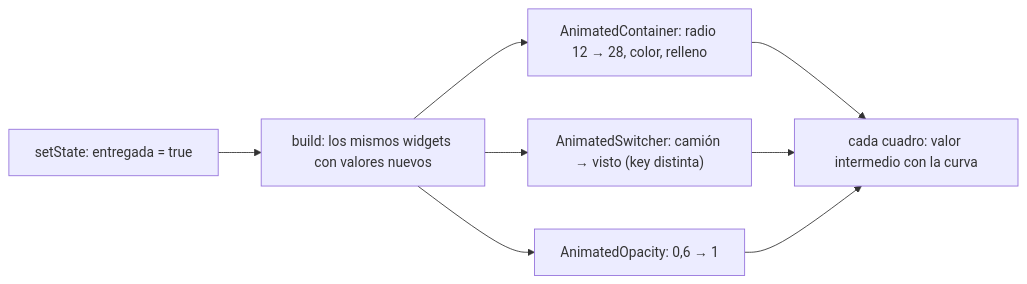
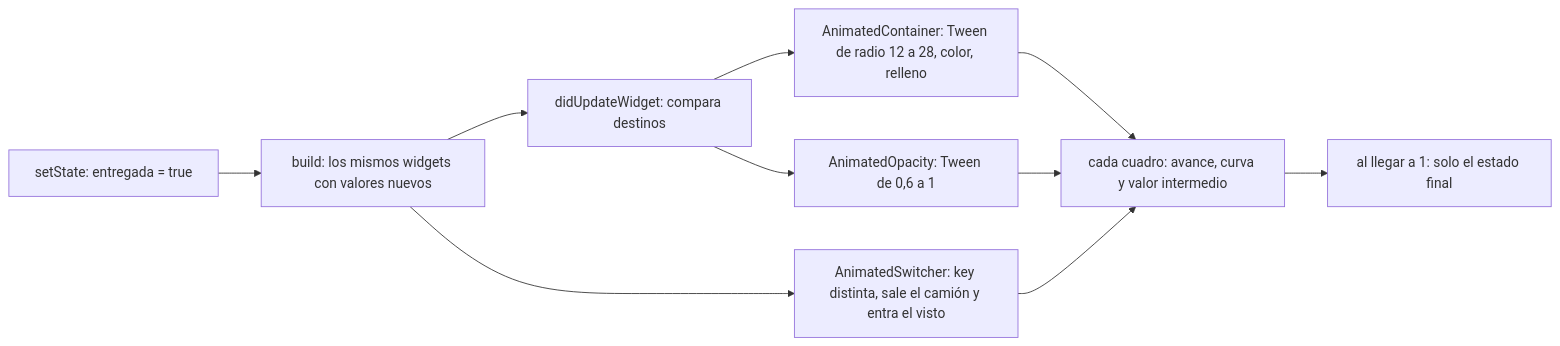
One commit to NICORUIZ93/The_Imperial_Book changed the first of 5 diagrams in web/public/content/flutter/modulo-8.md. Above: the diagram before and after it, drawn with Mermaid. The commit also changed other lines of this file and 65 other files, not shown here.

````diff
--- a/web/public/content/flutter/modulo-8.md
+++ b/web/public/content/flutter/modulo-8.md
@@ -126,10 +183,12 @@
 ```mermaid
 flowchart LR
     A["setState: entregada = true"] --> B["build: los mismos widgets con valores nuevos"]
-    B --> C["AnimatedContainer: radio 12 → 28, color, relleno"]
-    B --> D["AnimatedSwitcher: camión → visto (key distinta)"]
-    B --> E["AnimatedOpacity: 0,6 → 1"]
-    C --> F["cada cuadro: valor intermedio con la curva"]
+    B --> U["didUpdateWidget: compara destinos"]
+    U --> C["AnimatedContainer: Tween de radio 12 a 28, color, relleno"]
+    U --> E["AnimatedOpacity: Tween de 0,6 a 1"]
+    B --> D["AnimatedSwitcher: key distinta, sale el camión y entra el visto"]
+    C --> F["cada cuadro: avance, curva y valor intermedio"]
     D --> F
     E --> F
+    F --> G["al llegar a 1: solo el estado final"]
 ```
````
